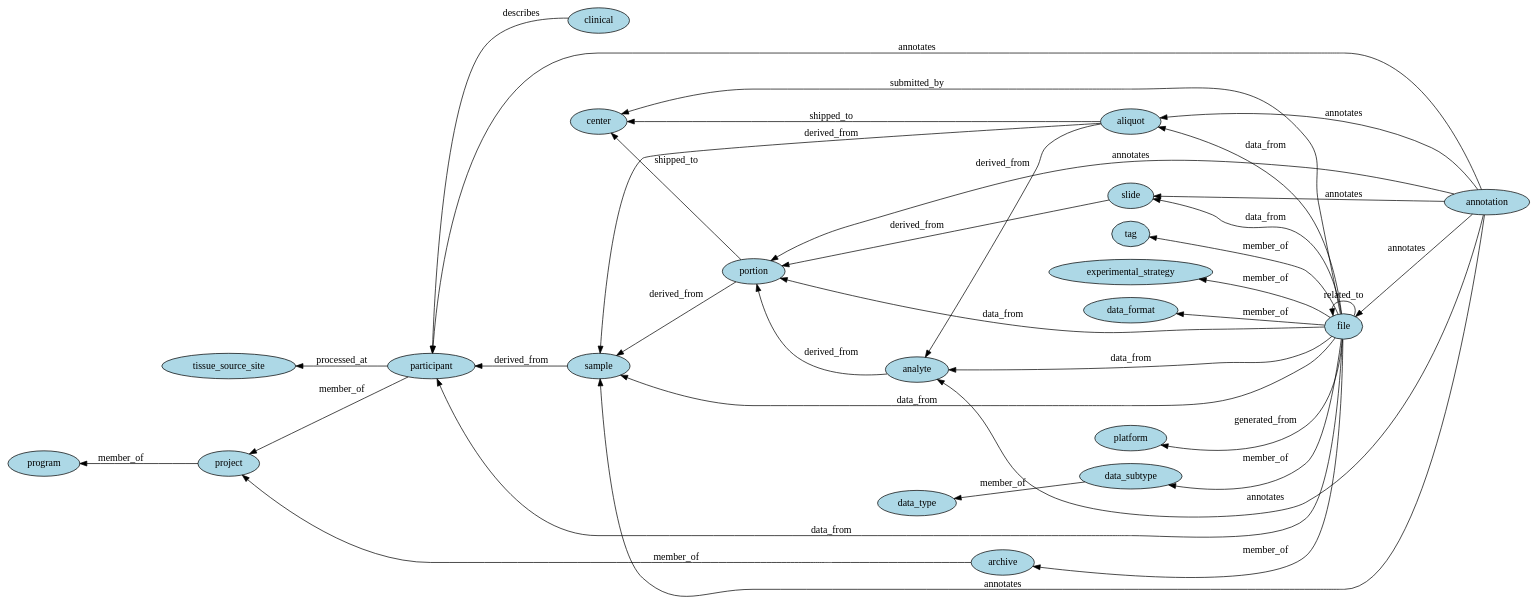
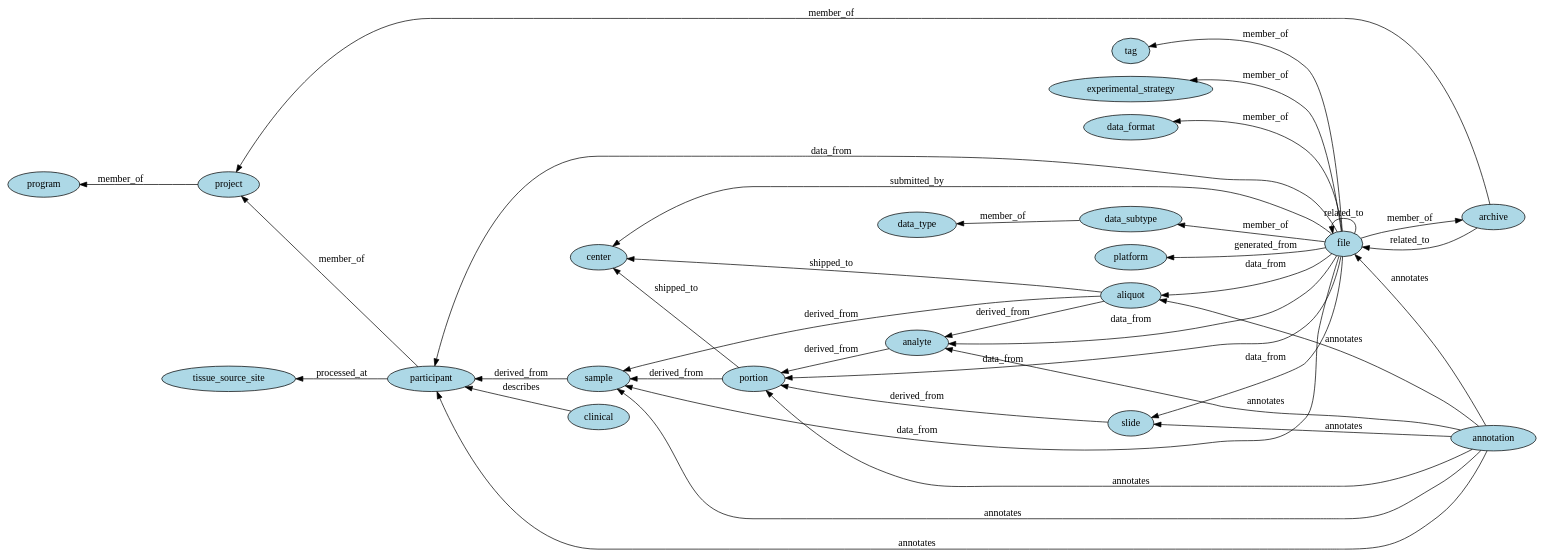
The diagram in docs/viz/gdc_data_model.gv (NCI-GDC/gdcdatamodel), drawn with Graphviz before and after one commit. The commit also changed 3 other files, not shown here.

```diff
--- a/docs/viz/gdc_data_model.gv
+++ b/docs/viz/gdc_data_model.gv
@@ -1,60 +1,61 @@
 // High level graph representation of GDC data model
 digraph {
 	graph [rankdir=RL]
 	node [fillcolor=lightblue style=filled]
 		aliquot [label=aliquot]
 		analyte [label=analyte]
 		portion [label=portion]
 		sample [label=sample]
 		participant [label=participant]
 		project [label=project]
 		program [label=program]
 		center [label=center]
 		platform [label=platform]
 		data_type [label=data_type]
 		data_subtype [label=data_subtype]
 		tag [label=tag]
 		experimental_strategy [label=experimental_strategy]
 		data_format [label=data_format]
 		file [label=file]
 		archive [label=archive]
 		annotation [label=annotation]
 		clinical [label=clinical]
 		slide [label=slide]
 		tissue_source_site [label=tissue_source_site]
 			aliquot -> analyte [label=derived_from]
 			aliquot -> sample [label=derived_from]
 			analyte -> portion [label=derived_from]
 			portion -> sample [label=derived_from]
 			sample -> participant [label=derived_from]
 			slide -> portion [label=derived_from]
 			participant -> project [label=member_of]
 			project -> program [label=member_of]
 			archive -> project [label=member_of]
 			file -> archive [label=member_of]
 			file -> experimental_strategy [label=member_of]
 			file -> data_subtype [label=member_of]
 			file -> data_format [label=member_of]
 			file -> tag [label=member_of]
 			data_subtype -> data_type [label=member_of]
 			participant -> tissue_source_site [label=processed_at]
 			file -> platform [label=generated_from]
 			file -> aliquot [label=data_from]
 			file -> analyte [label=data_from]
 			file -> portion [label=data_from]
 			file -> sample [label=data_from]
 			file -> participant [label=data_from]
 			file -> slide [label=data_from]
 			file -> file [label=related_to]
+			archive -> file [label=related_to]
 			clinical -> participant [label=describes]
 			annotation -> participant [label=annotates]
 			annotation -> sample [label=annotates]
 			annotation -> slide [label=annotates]
 			annotation -> portion [label=annotates]
 			annotation -> analyte [label=annotates]
 			annotation -> aliquot [label=annotates]
 			annotation -> file [label=annotates]
 			aliquot -> center [label=shipped_to]
 			portion -> center [label=shipped_to]
 			file -> center [label=submitted_by]
 }
```
